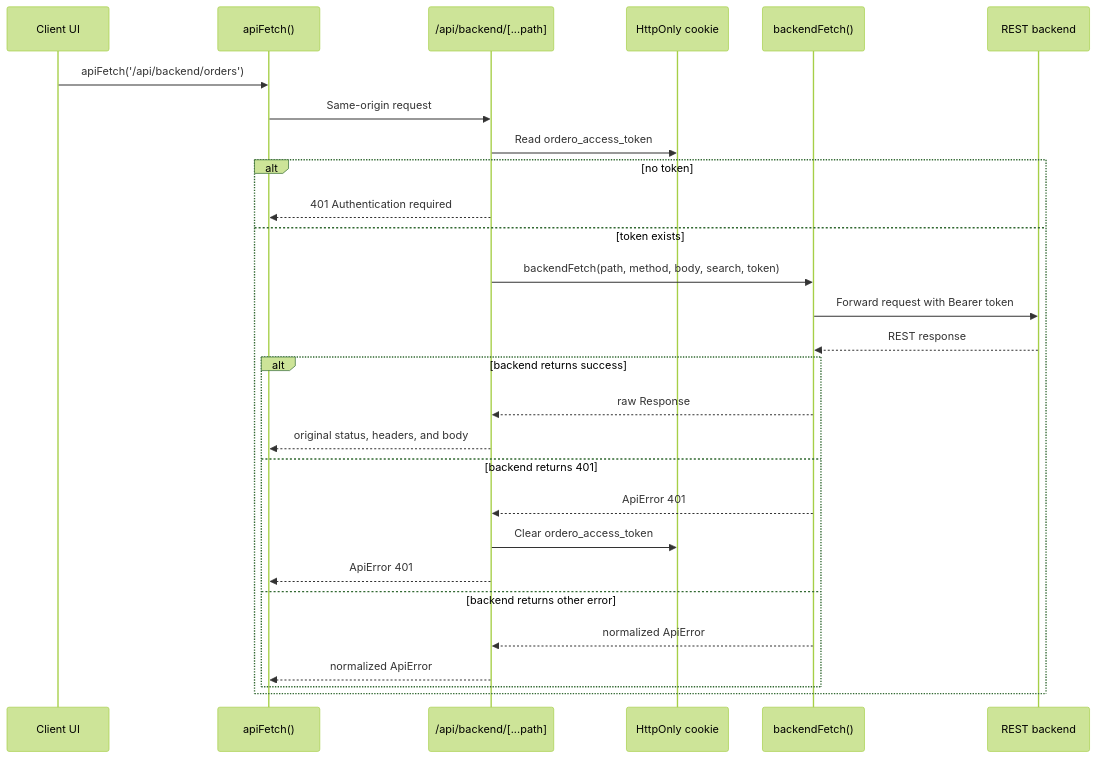
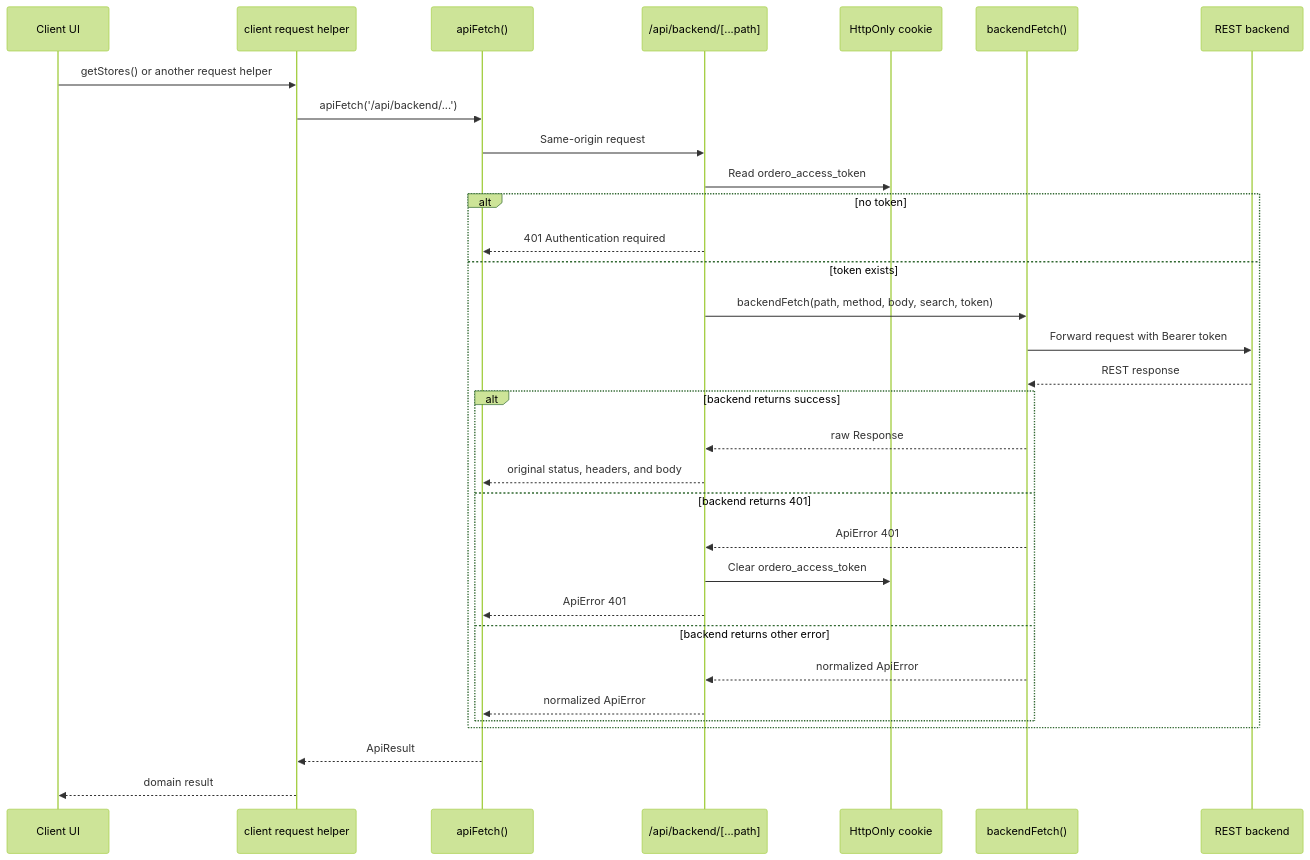
One commit to ordero-biz/monorepo changed the fifth of 7 diagrams in docs/http-auth.md. Above: the diagram before and after it, drawn with Mermaid (forest theme). The commit also changed other lines of this file and 3 other files, not shown here.

````diff
--- a/docs/http-auth.md
+++ b/docs/http-auth.md
@@ -203,31 +207,35 @@
 ```mermaid
 sequenceDiagram
   participant UI as Client UI
-  participant Client as apiFetch()
+  participant Helper as client request helper
+  participant Fetch as apiFetch()
   participant Proxy as /api/backend/[...path]
   participant Cookie as HttpOnly cookie
   participant Server as backendFetch()
   participant Backend as REST backend
 
-  UI->>Client: apiFetch('/api/backend/orders')
-  Client->>Proxy: Same-origin request
+  UI->>Helper: getStores() or another request helper
+  Helper->>Fetch: apiFetch('/api/backend/...')
+  Fetch->>Proxy: Same-origin request
   Proxy->>Cookie: Read ordero_access_token
   alt no token
-    Proxy-->>Client: 401 Authentication required
+    Proxy-->>Fetch: 401 Authentication required
   else token exists
     Proxy->>Server: backendFetch(path, method, body, search, token)
     Server->>Backend: Forward request with Bearer token
     Backend-->>Server: REST response
     alt backend returns success
       Server-->>Proxy: raw Response
-      Proxy-->>Client: original status, headers, and body
+      Proxy-->>Fetch: original status, headers, and body
     else backend returns 401
       Server-->>Proxy: ApiError 401
       Proxy->>Cookie: Clear ordero_access_token
-      Proxy-->>Client: ApiError 401
+      Proxy-->>Fetch: ApiError 401
     else backend returns other error
       Server-->>Proxy: normalized ApiError
-      Proxy-->>Client: normalized ApiError
+      Proxy-->>Fetch: normalized ApiError
     end
   end
+  Fetch-->>Helper: ApiResult
+  Helper-->>UI: domain result
 ```
````
